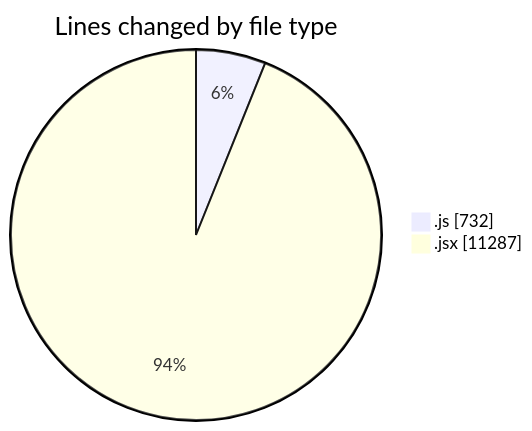
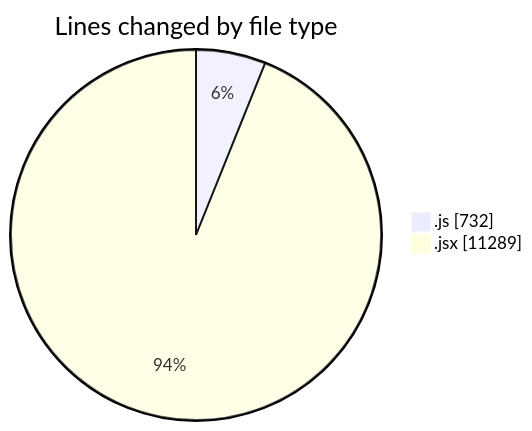
Before and after one commit to nxtqubesakshisongat/code-tracking: the first of 2 diagrams in 2025-07-28/nxtqube_webapp/README.md, drawn with Mermaid. The commit also changed other lines of this file and 1 other file, not shown here.

````diff
--- a/2025-07-28/nxtqube_webapp/README.md
+++ b/2025-07-28/nxtqube_webapp/README.md
@@ -47,6 +47,6 @@
 ```mermaid
 pie showData
 title Lines changed by file type
 ".js" : 732
-".jsx" : 11287
+".jsx" : 11289
 ```
````
